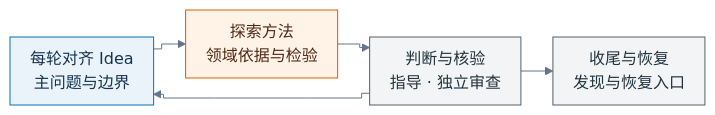
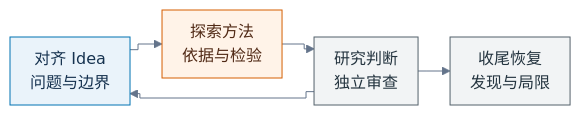
One commit to Haichuan-Zhao/Auto-Loop changed the diagram in README.md. Above: the diagram before and after it, drawn with Mermaid.

Commit message:
压缩流程图节点，避开 GitHub 交互控件

````diff
--- a/README.md
+++ b/README.md
@@ -23,15 +23,15 @@
 ```mermaid
 %%{init: {"theme":"base","flowchart":{"htmlLabels":false,"nodeSpacing":20,"rankSpacing":32,"padding":10,"diagramPadding":8,"curve":"step"},"themeVariables":{"fontFamily":"Arial, Microsoft YaHei, PingFang SC, sans-serif","fontSize":"16px","lineColor":"#64748B"}}}%%
 flowchart LR
-    I["每轮对齐 Idea<br/>主问题与边界"] --> E["探索方法<br/>领域依据与检验"]
-    E --> J["判断与核验<br/>指导 · 独立审查"]
-    J --> O["收尾与恢复<br/>发现与恢复入口"]
+    I["对齐 Idea<br/>问题与边界"] --> E["探索方法<br/>依据与检验"]
+    E --> J["研究判断<br/>独立审查"]
+    J --> O["收尾恢复<br/>发现与局限"]
     J --> I
 
     classDef human fill:#EAF3FA,stroke:#0072B2,color:#16324F
     classDef explore fill:#FFF3E8,stroke:#D55E00,color:#512A16
     classDef review fill:#F2F4F5,stroke:#53616B,color:#24343F
     class I human
     class E explore
     class J,O review
 ```
````
